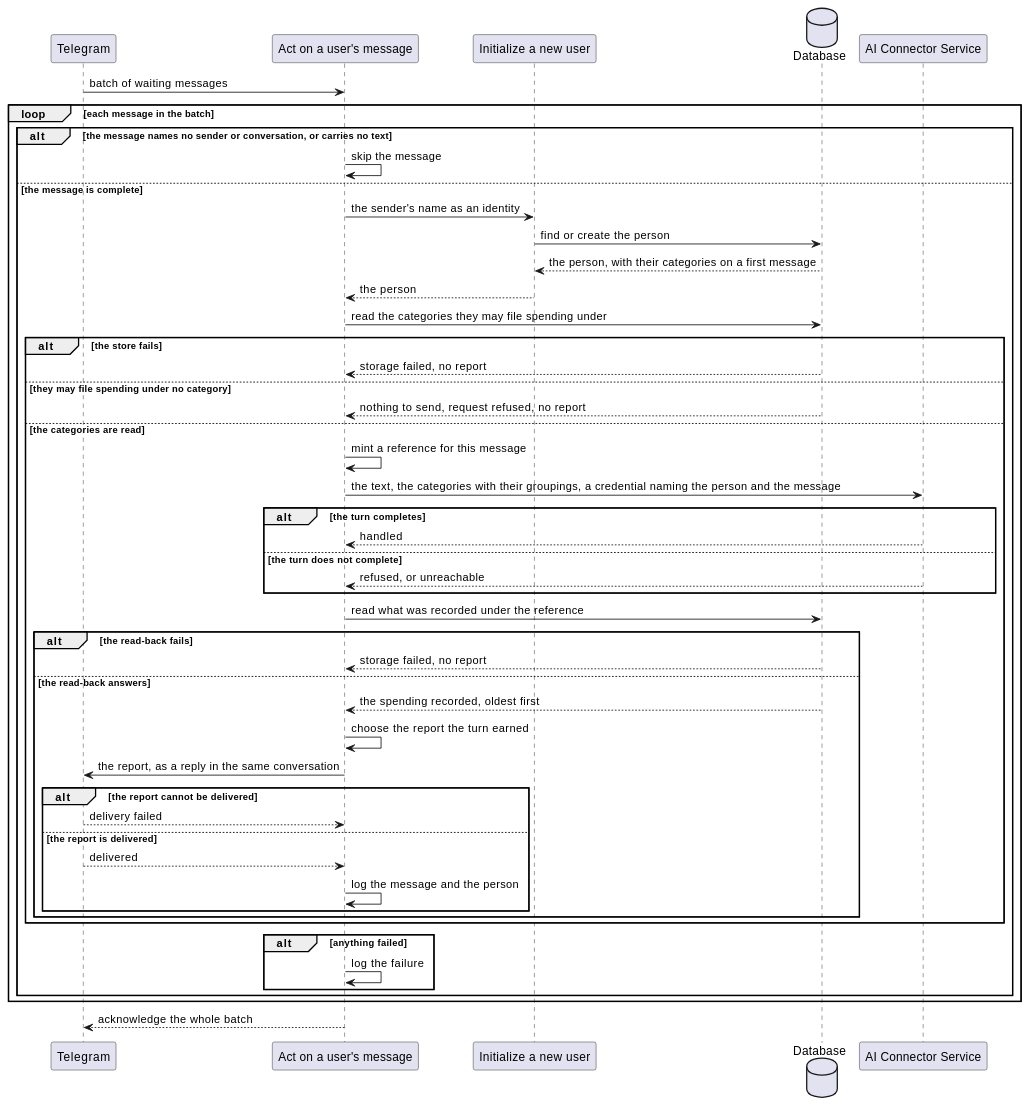
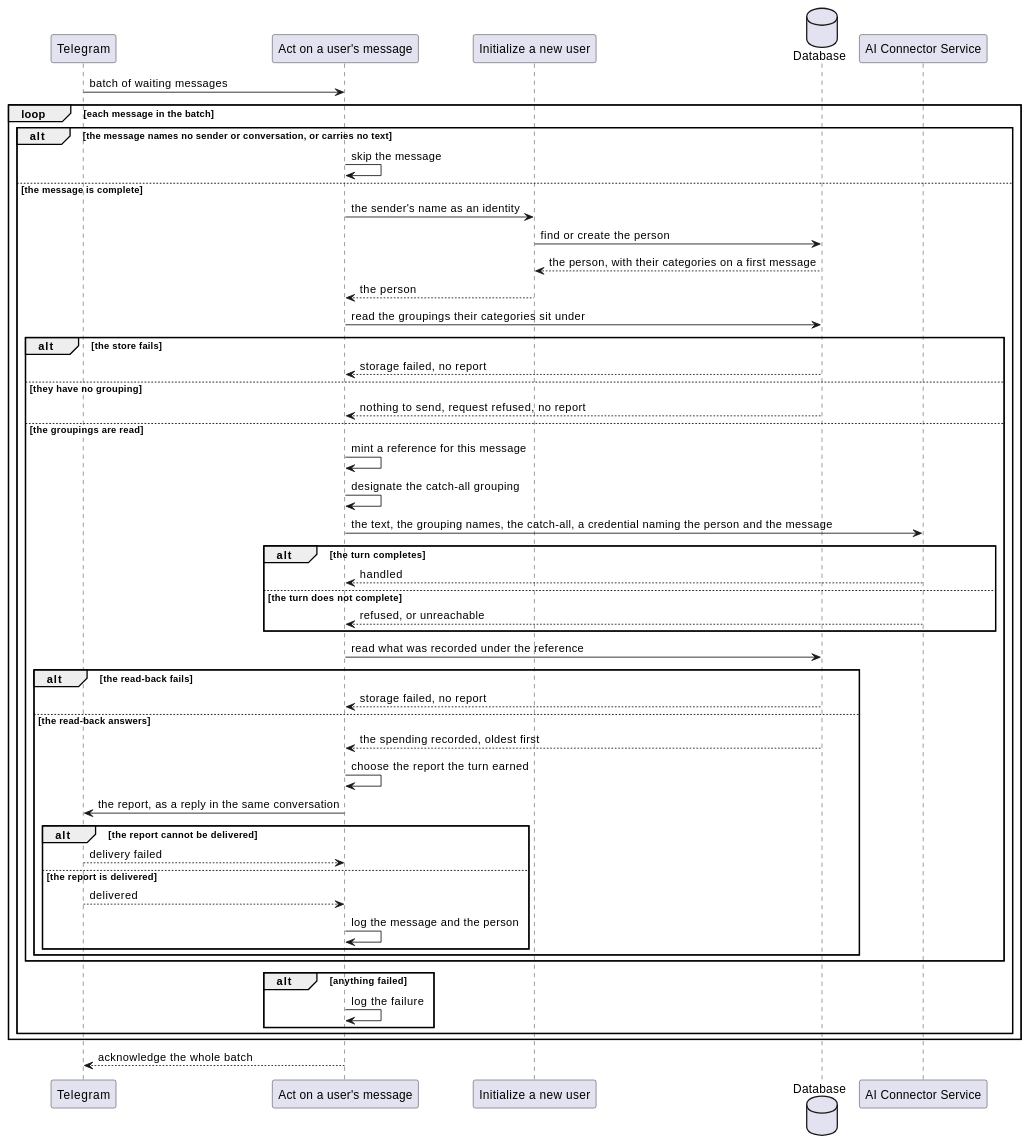
The second of 2 diagrams in ledger-service/docs/usecases/handle-incoming-message.md (ds-usova/finance-bot), drawn with PlantUML before and after one commit. The commit also changed other lines of this file and 13 other files, not shown here.

````diff
--- a/ledger-service/docs/usecases/handle-incoming-message.md
+++ b/ledger-service/docs/usecases/handle-incoming-message.md
@@ -151,55 +156,56 @@
 ```plantuml
 @startuml ActOnUserMessage-Sequence
 participant "Telegram" as TG
 participant "Act on a user's message" as UC
 participant "Initialize a new user" as IU
 database "Database" as DB
 participant "AI Connector Service" as AI
 
 TG -> UC : batch of waiting messages
 
 loop each message in the batch
   alt the message names no sender or conversation, or carries no text
     UC -> UC : skip the message
   else the message is complete
     UC -> IU : the sender's name as an identity
     IU -> DB : find or create the person
     DB --> IU : the person, with their categories on a first message
     IU --> UC : the person
-    UC -> DB : read the categories they may file spending under
+    UC -> DB : read the groupings their categories sit under
     alt the store fails
       DB --> UC : storage failed, no report
-    else they may file spending under no category
+    else they have no grouping
       DB --> UC : nothing to send, request refused, no report
-    else the categories are read
+    else the groupings are read
       UC -> UC : mint a reference for this message
-      UC -> AI : the text, the categories with their groupings, a credential naming the person and the message
+      UC -> UC : designate the catch-all grouping
+      UC -> AI : the text, the grouping names, the catch-all, a credential naming the person and the message
       alt the turn completes
         AI --> UC : handled
       else the turn does not complete
         AI --> UC : refused, or unreachable
       end
       UC -> DB : read what was recorded under the reference
       alt the read-back fails
         DB --> UC : storage failed, no report
       else the read-back answers
         DB --> UC : the spending recorded, oldest first
         UC -> UC : choose the report the turn earned
         UC -> TG : the report, as a reply in the same conversation
         alt the report cannot be delivered
           TG --> UC : delivery failed
         else the report is delivered
           TG --> UC : delivered
           UC -> UC : log the message and the person
         end
       end
     end
     alt anything failed
       UC -> UC : log the failure
     end
   end
 end
 
 UC --> TG : acknowledge the whole batch
 @enduml
 ```
````
